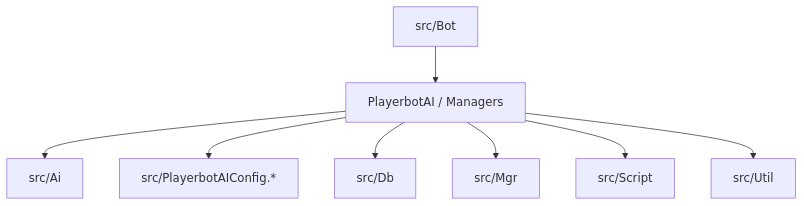
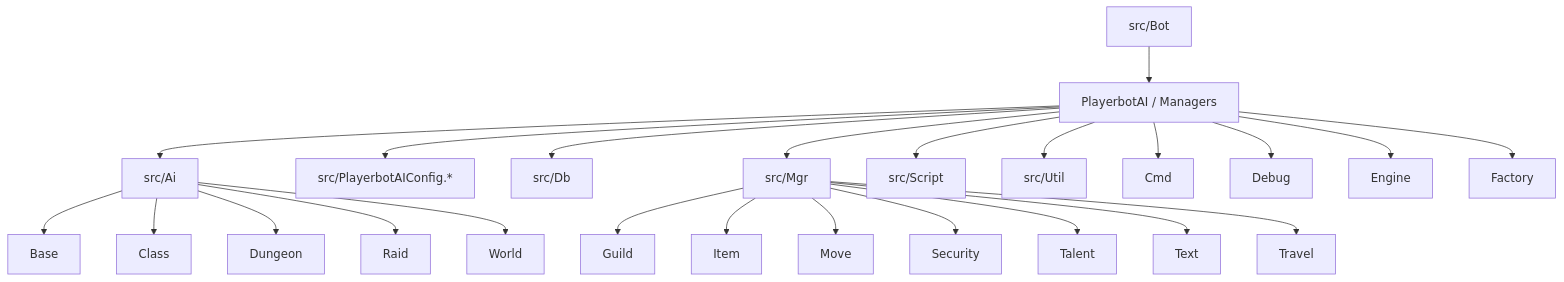
One commit to Wishmaster117/playerbots-docs changed the diagram in docs/phase-0-preparation.md. Above: the diagram before and after it, drawn with Mermaid. The commit also changed other lines of this file, not shown here.

````diff
--- a/docs/phase-0-preparation.md
+++ b/docs/phase-0-preparation.md
@@ -17,10 +68,26 @@
 ```mermaid
 flowchart TD
   A[src/Bot] --> B[PlayerbotAI / Managers]
   B --> C[src/Ai]
   B --> D[src/PlayerbotAIConfig.*]
   B --> E[src/Db]
   B --> F[src/Mgr]
   B --> G[src/Script]
   B --> H[src/Util]
+  C --> C1[Base]
+  C --> C2[Class]
+  C --> C3[Dungeon]
+  C --> C4[Raid]
+  C --> C5[World]
+  B --> B1[Cmd]
+  B --> B2[Debug]
+  B --> B3[Engine]
+  B --> B4[Factory]
+  F --> F1[Guild]
+  F --> F2[Item]
+  F --> F3[Move]
+  F --> F4[Security]
+  F --> F5[Talent]
+  F --> F6[Text]
+  F --> F7[Travel]
 ```
````
